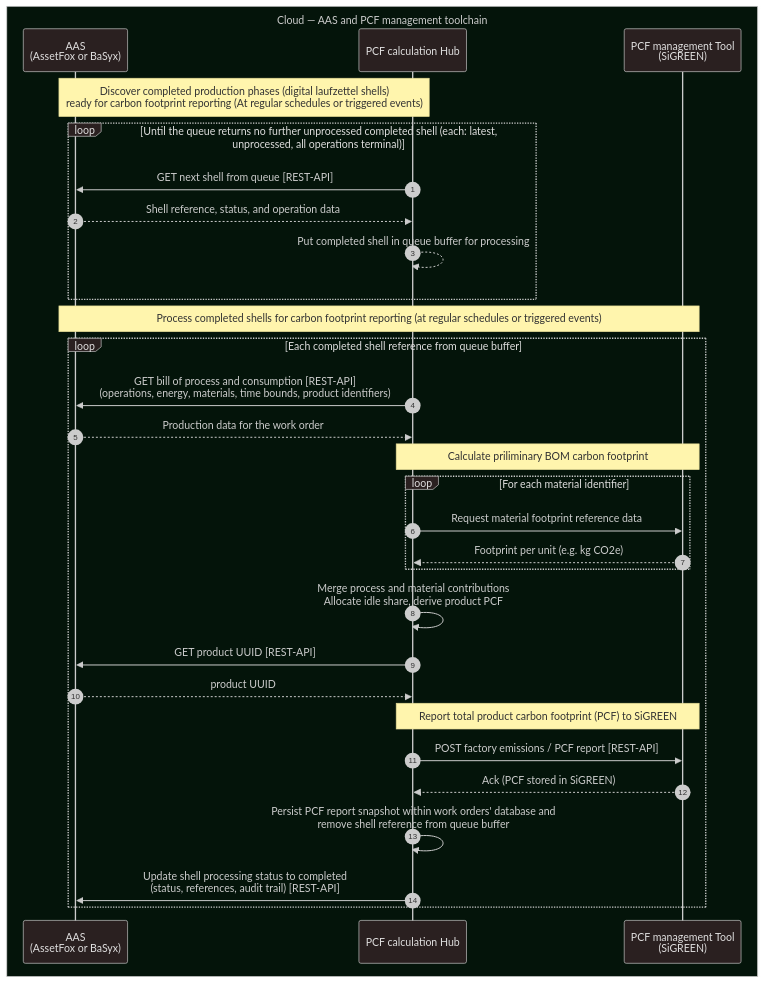
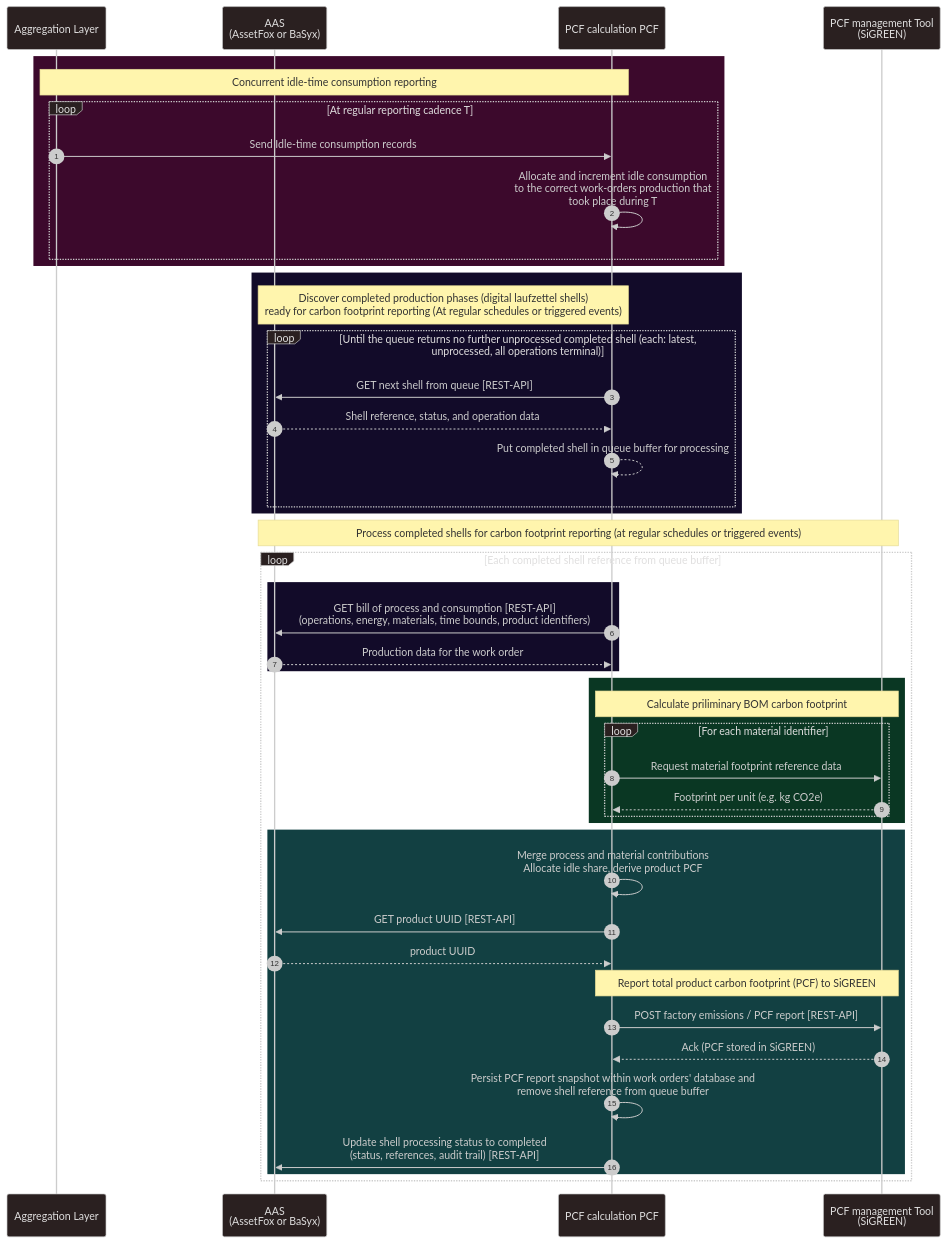
The diagram in docs/diagrams/AAS_case/3_AAS_PCF_Hub_Demonstrator_segmented.mmd (factory-x-contributions/PCF_Calculation_Hub), drawn with Mermaid before and after one commit. The commit also changed 1 other file, not shown here.

Commit message:
docs: refine AAS PCF Hub demonstrator diagram; add .gitattributes

```diff
--- a/docs/diagrams/AAS_case/3_AAS_PCF_Hub_Demonstrator_segmented.mmd
+++ b/docs/diagrams/AAS_case/3_AAS_PCF_Hub_Demonstrator_segmented.mmd
@@ -1,55 +1,62 @@
 ---
 config:
   theme: neo-dark
   look: classic
 ---
 
 sequenceDiagram
     autonumber
-    box rgb(4, 20, 10) Cloud — AAS and PCF management toolchain
-    %% box rgb(4, 20, 10) AAS-based manufacturing and PCF toolchain
-        %%participant Ops as Manufacturing execution
+
+    %% #box rgb(4, 20, 10) Cloud — AAS and PCF management toolchain
+        participant Agg as Aggregation Layer
         participant aas as AAS <br>(AssetFox or BaSyx)
-        participant Hub as PCF calculation Hub
+        participant Hub as PCF calculation PCF
         participant SG as PCF management Tool<br>(SiGREEN)
+    %% #end
+
+    rect rgb(60, 9, 44)
+    Note over Agg, Hub: Concurrent idle-time consumption reporting
+        loop At regular reporting cadence T
+            Agg->>Hub: Send Idle-time consumption records
+            Hub->>Hub: Allocate and increment idle consumption <br>to the correct work-orders production that <br>took place during T
+        end
     end
 
-    %% Note over aas, Hub: Concurrent idle time consumption reporting<br>Alternatively sent from aggregation layer
-    %% loop At regular schedule
-    %%     Hub->>aas: GET Idle / general consumption snapshot [REST-API]<br>(facility, equipment, energy or resource use)
-    %%     aas-->>Hub: response with idle time consumption data
-    %% end
-
-    %% Note over aas, SG: Processing completed production phases (digital laufzettel) (At regular schedules or triggered events)
+    rect rgb(18, 11, 41)
     Note over Hub, aas: Discover completed production phases (digital laufzettel shells)<br> ready for carbon footprint reporting (At regular schedules or triggered events)
         loop Until the queue returns no further unprocessed completed shell (each: latest, unprocessed, all operations terminal)
             Hub->>aas: GET next shell from queue [REST-API]
             aas-->>Hub: Shell reference, status, and operation data
             Hub-->>Hub: Put completed shell in queue buffer for processing
         end
-        Note over aas, SG: Process completed shells for carbon footprint reporting (at regular schedules or triggered events)
-        
+    end
+
+   
+    Note over aas, SG: Process completed shells for carbon footprint reporting (at regular schedules or triggered events)
+
         loop Each completed shell reference from queue buffer
+           rect rgb(18, 11, 41)
             Hub->>aas: GET bill of process and consumption [REST-API]<br>(operations, energy, materials, time bounds, product identifiers)
             aas-->>Hub: Production data for the work order
-
+            end
+            rect rgb(10, 55, 35)
             Note over Hub, SG: Calculate priliminary BOM carbon footprint
                 loop For each material identifier
                     Hub->>SG: Request material footprint reference data
                     SG-->>Hub: Footprint per unit (e.g. kg CO2e)
                 end
-            %% end
-
+            end
+ rect rgb(18, 64, 66)
             Hub->>Hub: Merge process and material contributions<br>Allocate idle share, derive product PCF
 
             Hub->>aas: GET product UUID [REST-API]
             aas-->>Hub: product UUID
 
-        Note over Hub, SG: Report total product carbon footprint (PCF) to SiGREEN   
-        Hub->>SG: POST factory emissions / PCF report [REST-API]
-        SG-->>Hub: Ack (PCF stored in SiGREEN)
+            Note over Hub, SG: Report total product carbon footprint (PCF) to SiGREEN
+            Hub->>SG: POST factory emissions / PCF report [REST-API]
+            SG-->>Hub: Ack (PCF stored in SiGREEN)
 
-        Hub->>Hub: Persist PCF report snapshot within work orders' database and <br> remove shell reference from queue buffer
+            Hub->>Hub: Persist PCF report snapshot within work orders' database and <br> remove shell reference from queue buffer
             Hub->>aas: Update shell processing status to completed<br>(status, references, audit trail) [REST-API]
         end
-    %% end
+    end
```
